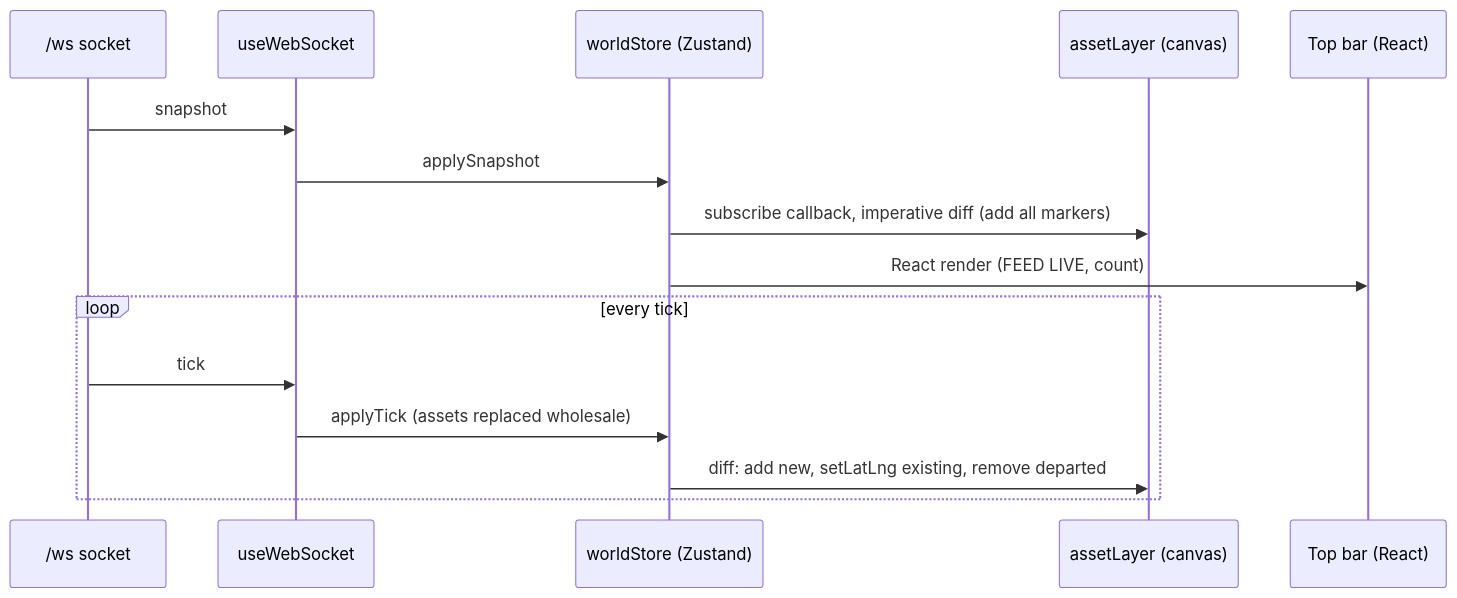
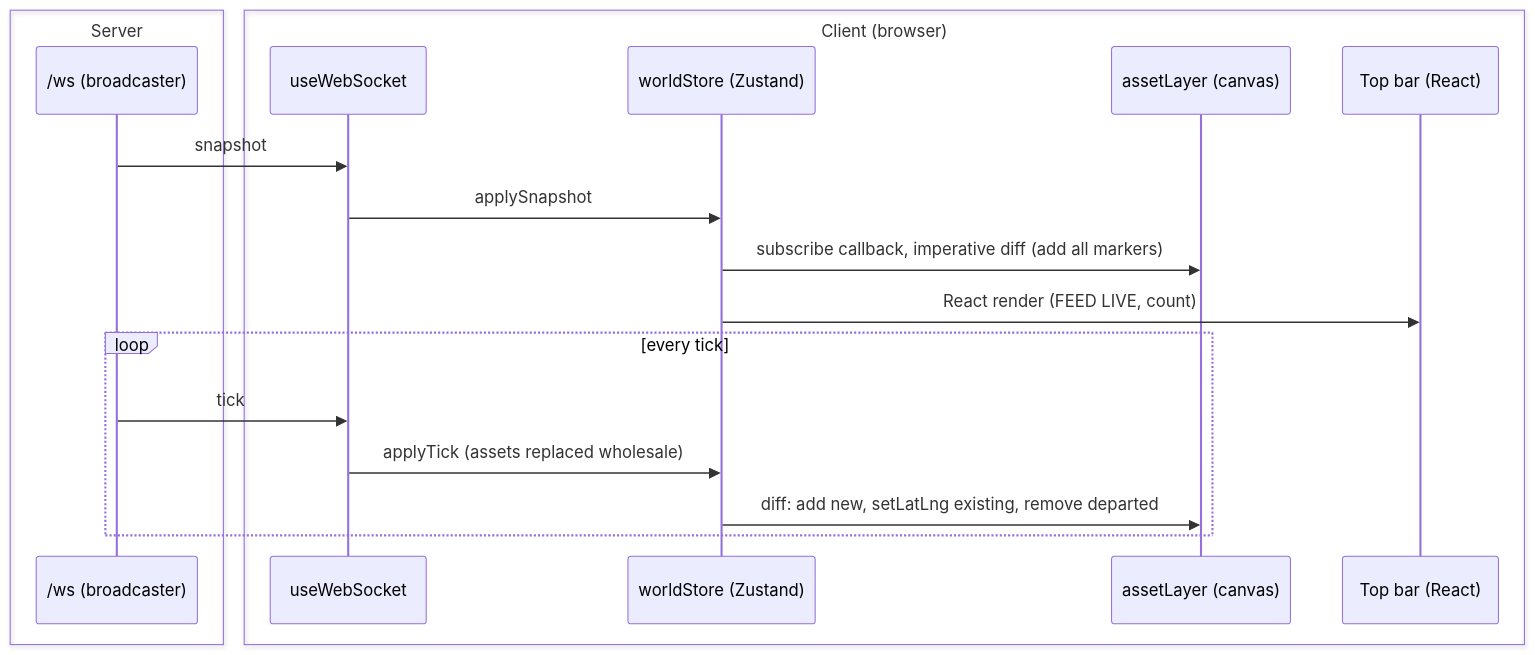
The diagram in docs/stories/S2-asset-render.md (ayfor/sentinel), drawn with Mermaid before and after one commit.

Commit message:
S2: client/server boxes in the sequence diagram per review

````diff
--- a/docs/stories/S2-asset-render.md
+++ b/docs/stories/S2-asset-render.md
@@ -50,17 +50,21 @@
 ```mermaid
 sequenceDiagram
-    participant WS as /ws socket
-    participant HOOK as useWebSocket
-    participant STORE as worldStore (Zustand)
-    participant LAYER as assetLayer (canvas)
-    participant BAR as Top bar (React)
+    box Server
+        participant WS as /ws (broadcaster)
+    end
+    box Client (browser)
+        participant HOOK as useWebSocket
+        participant STORE as worldStore (Zustand)
+        participant LAYER as assetLayer (canvas)
+        participant BAR as Top bar (React)
+    end
     WS->>HOOK: snapshot
     HOOK->>STORE: applySnapshot
     STORE->>LAYER: subscribe callback, imperative diff (add all markers)
     STORE->>BAR: React render (FEED LIVE, count)
     loop every tick
         WS->>HOOK: tick
         HOOK->>STORE: applyTick (assets replaced wholesale)
         STORE->>LAYER: diff: add new, setLatLng existing, remove departed
     end
 ```
````
